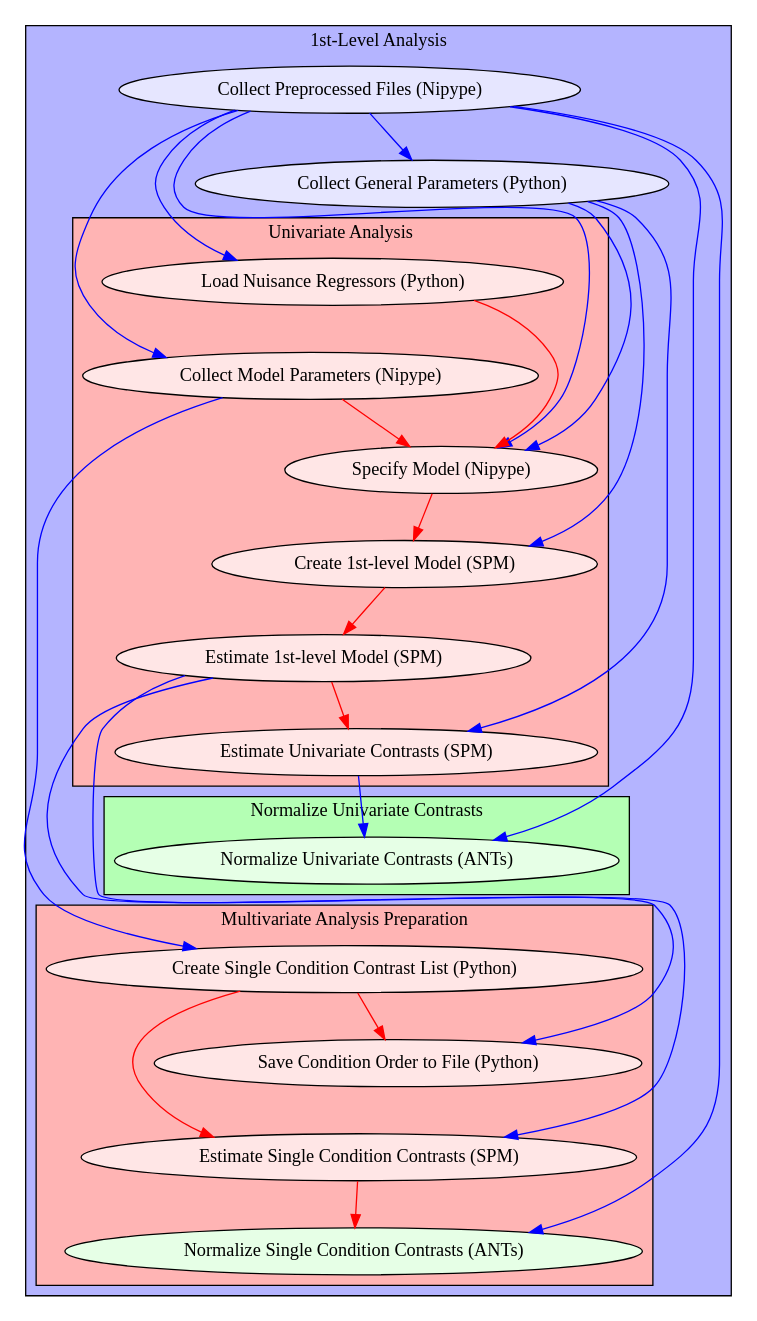
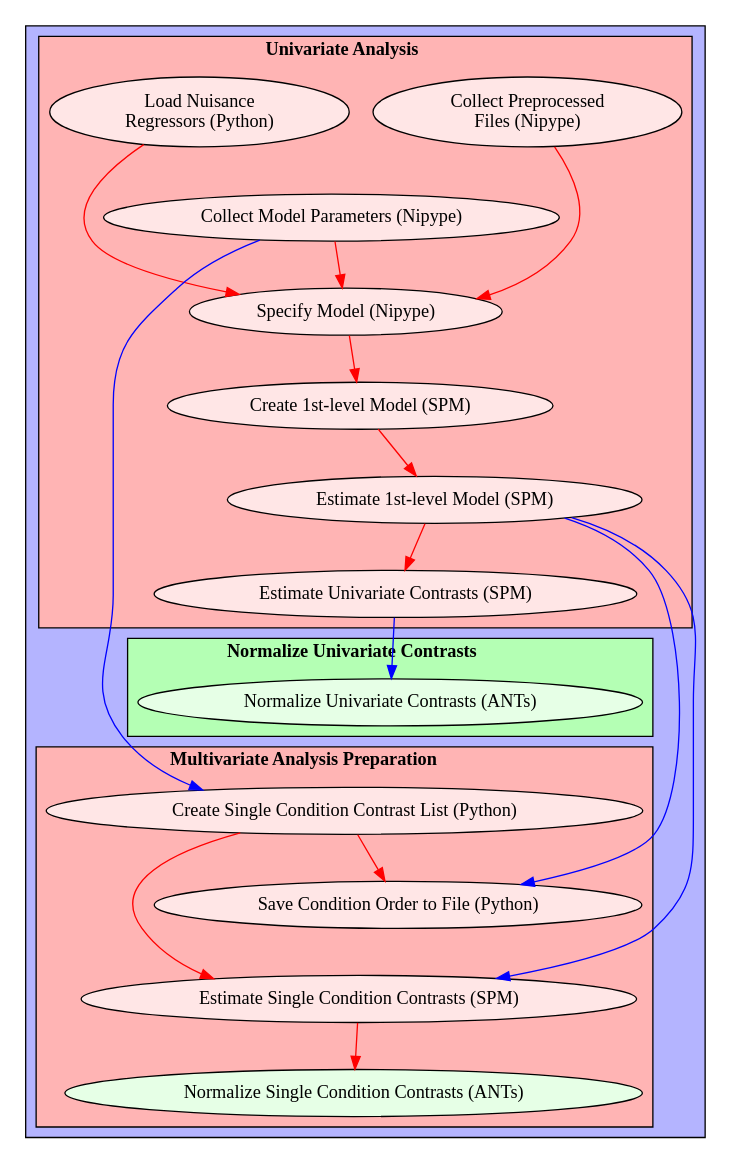
The diagram in static/analysis_1st.dot (miykael/fmriflows), drawn with Graphviz before and after one commit. The commit also changed 9 other files, not shown here.

Commit message:
ENH: simplifies workflow graphs

```diff
--- a/static/analysis_1st.dot
+++ b/static/analysis_1st.dot
@@ -1,63 +1,53 @@
 digraph analysis_first{
   subgraph cluster_analysis_first {
       edge [color="#0000FF"];
       style=filled;
       fillcolor="#B4B4FF";
-      label="1st-Level Analysis";
-    get_param[label="Collect General Parameters (Python)", style=filled, fillcolor="#E6E6FF"];
-    collect_files[label="Collect Preprocessed Files (Nipype)", style=filled, fillcolor="#E6E6FF"];
     subgraph cluster_analysisflow_univariate {
             edge [color="#FF0000"];
             style=filled;
             fillcolor="#FFB4B4";
-            label="Univariate Analysis";
-        nuisance_reg[label="Load Nuisance Regressors (Python)", style=filled, fillcolor="#FFE6E6"];
+            label=<<B>Univariate Analysis</B>>;
+        collect_files[label="Collect Preprocessed\nFiles (Nipype)", style=filled, fillcolor="#FFE6E6"];
+        nuisance_reg[label="Load Nuisance\nRegressors (Python)", style=filled, fillcolor="#FFE6E6"];
         get_model_param[label="Collect Model Parameters (Nipype)", style=filled, fillcolor="#FFE6E6"];
         model_spec[label="Specify Model (Nipype)", style=filled, fillcolor="#FFE6E6"];
         level1_design[label="Create 1st-level Model (SPM)", style=filled, fillcolor="#FFE6E6"];
         level1_est[label="Estimate 1st-level Model (SPM)", style=filled, fillcolor="#FFE6E6"];
         level1_conest_uni[label="Estimate Univariate Contrasts (SPM)", style=filled, fillcolor="#FFE6E6"];
+        collect_files -> model_spec;
         nuisance_reg -> model_spec;
         get_model_param -> model_spec;
         model_spec -> level1_design;
         level1_design -> level1_est;
         level1_est -> level1_conest_uni;
     }
     subgraph cluster_analysisflow_normalize {
             edge [color="#FF0000"];
             style=filled;
             fillcolor="#B4FFB4";
-            label="Normalize Univariate Contrasts";
+            label=<<B>Normalize Univariate Contrasts</B>>;
         normalize_uni[label="Normalize Univariate Contrasts (ANTs)", style=filled, fillcolor="#E6FFE6"];
     }    subgraph cluster_analysisflow_multivariate {
             edge [color="#FF0000"];
             style=filled;
             fillcolor="#FFB4B4";
-            label="Multivariate Analysis Preparation";
+            label=<<B>Multivariate Analysis Preparation</B>>;
         comp_con_per_run[label="Create Single Condition Contrast List (Python)", style=filled, fillcolor="#FFE6E6"];
         write_labels_run[label="Save Condition Order to File (Python)", style=filled, fillcolor="#FFE6E6"];
         level1_conest_multi[label="Estimate Single Condition Contrasts (SPM)", style=filled, fillcolor="#FFE6E6"];
         normalize_multi[label="Normalize Single Condition Contrasts (ANTs)", style=filled, fillcolor="#E6FFE6"];
         comp_con_per_run -> write_labels_run;
         comp_con_per_run -> level1_conest_multi;
         level1_conest_multi -> normalize_multi;
     }
-    get_param -> nuisance_reg [color="#00000000"];
+    collect_files -> get_model_param [color="#00000000"];
     nuisance_reg -> get_model_param [color="#00000000"];
     normalize_uni -> comp_con_per_run [color="#00000000"];
     write_labels_run -> level1_conest_multi [color="#00000000"];
-    collect_files -> get_param;
-    collect_files -> nuisance_reg;
-    collect_files -> get_model_param;
-    collect_files -> model_spec;
-    collect_files -> normalize_uni;
-    collect_files -> normalize_multi;
-    get_param -> model_spec;
-    get_param -> level1_design;
-    get_param -> level1_conest_uni;
     get_model_param -> comp_con_per_run;
     level1_conest_uni -> normalize_uni;
     level1_est -> level1_conest_multi;
     level1_est -> write_labels_run;
   }
 }
```
